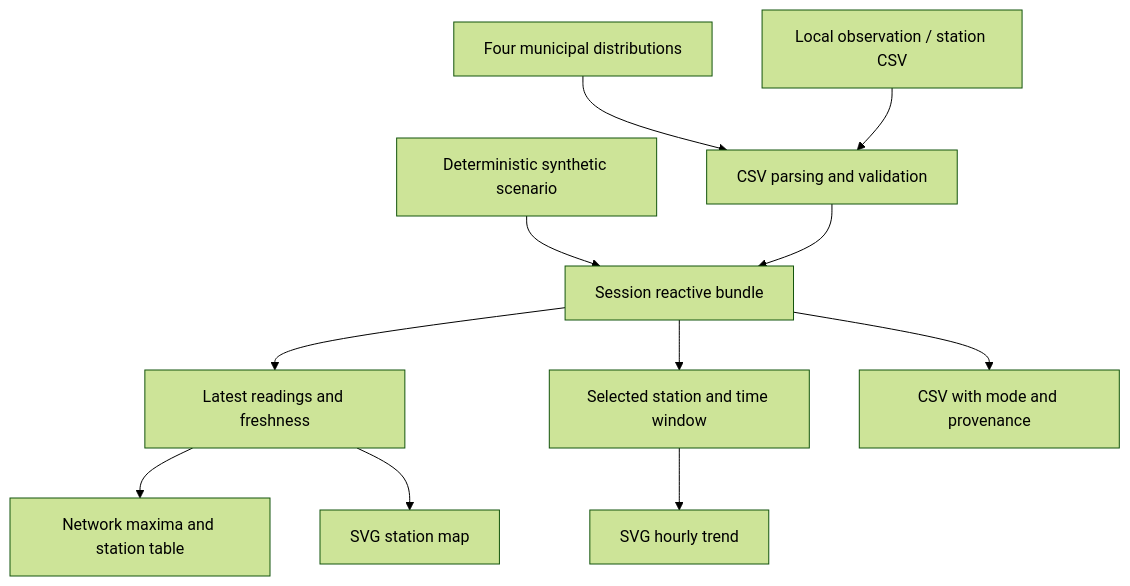
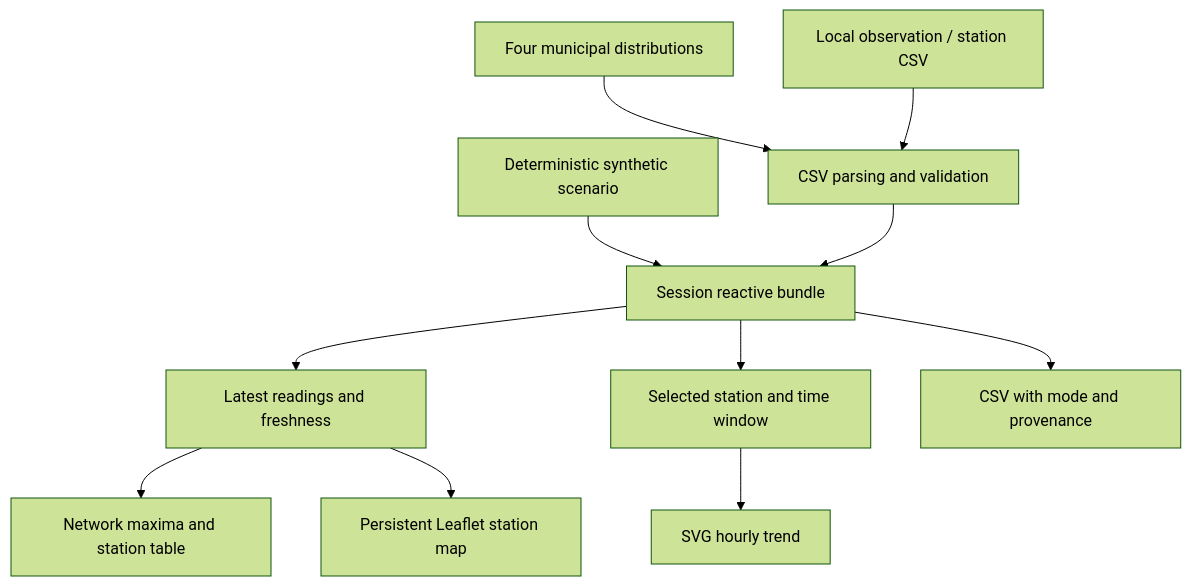
The diagram in docs/ARCHITECTURE.md (dgalgom/PULSO-Madrid), drawn with Mermaid (forest theme) before and after one commit. The commit also changed 6 other files, not shown here.

````diff
--- a/docs/ARCHITECTURE.md
+++ b/docs/ARCHITECTURE.md
@@ -20,13 +20,13 @@
 ```mermaid
 flowchart TD
   Demo[Deterministic synthetic scenario] --> Bundle[Session reactive bundle]
   Public[Four municipal distributions] --> Parse[CSV parsing and validation]
   Local[Local observation / station CSV] --> Parse
   Parse --> Bundle
   Bundle --> Latest[Latest readings and freshness]
   Bundle --> Series[Selected station and time window]
   Latest --> Cards[Network maxima and station table]
-  Latest --> Map[SVG station map]
+  Latest --> Map[Persistent Leaflet station map]
   Series --> Trend[SVG hourly trend]
   Bundle --> Export[CSV with mode and provenance]
 ```
````
